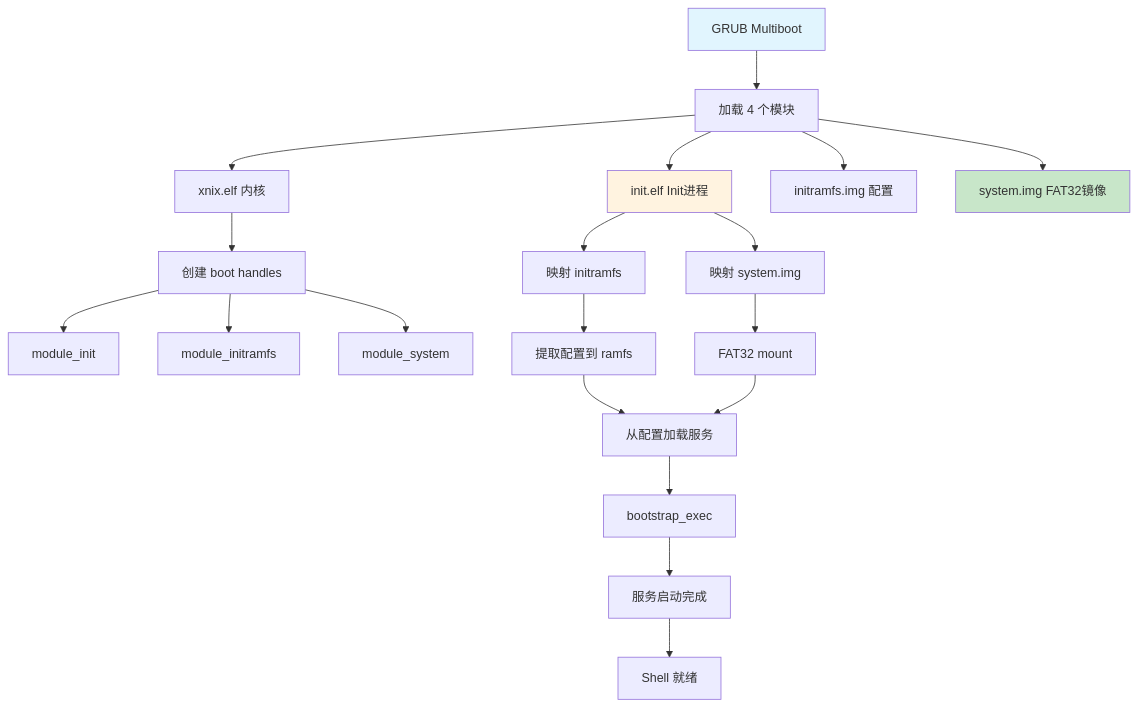
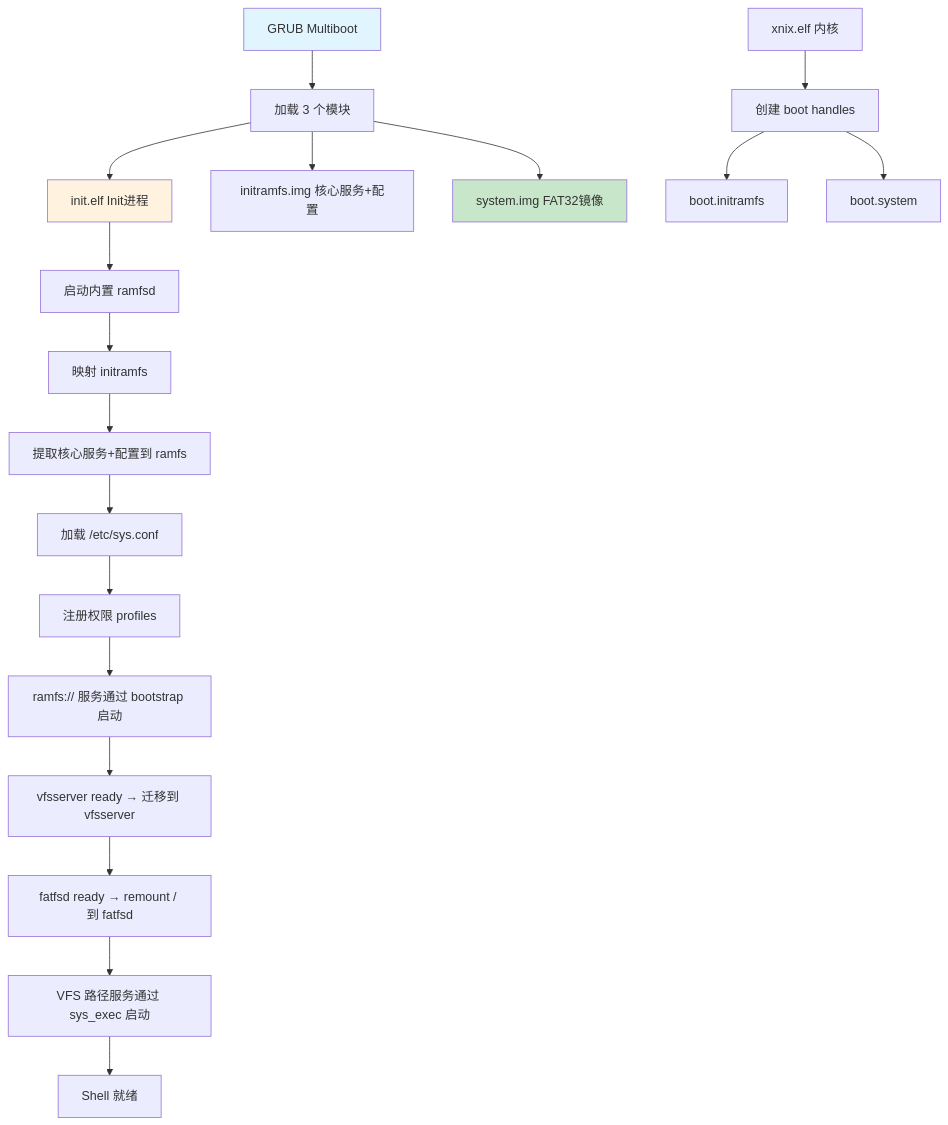
One commit to SH-XiaoXiu/xnix changed the second of 3 diagrams in README.md. Above: the diagram before and after it, drawn with Mermaid. The commit also changed other lines of this file, not shown here.

Commit message:
docs(kernel): 更新引导流程和服务配置文档

````diff
--- a/README.md
+++ b/README.md
@@ -205,24 +205,23 @@
 ```mermaid
 graph TD
-    GRUB[GRUB Multiboot] --> Modules[加载 4 个模块]
-    Modules --> Kernel[xnix.elf 内核]
+    GRUB[GRUB Multiboot] --> Modules[加载 3 个模块]
     Modules --> Init[init.elf Init进程]
-    Modules --> Initramfs[initramfs.img 配置]
+    Modules --> Initramfs[initramfs.img 核心服务+配置]
     Modules --> System[system.img FAT32镜像]
-    Kernel --> BootHandles[创建 boot handles]
-    BootHandles --> module_init
-    BootHandles --> module_initramfs
-    BootHandles --> module_system
-    Init --> Map1[映射 initramfs]
-    Map1 --> Extract[提取配置到 ramfs]
-    Init --> Map2[映射 system.img]
-    Map2 --> FAT32[FAT32 mount]
-    Extract --> LoadSvc[从配置加载服务]
-    FAT32 --> LoadSvc
-    LoadSvc --> BootExec[bootstrap_exec]
-    BootExec --> Services[服务启动完成]
-    Services --> Shell[Shell 就绪]
+    Kernel[xnix.elf 内核] --> BootHandles[创建 boot handles]
+    BootHandles --> boot.initramfs
+    BootHandles --> boot.system
+    Init --> Ramfsd[启动内置 ramfsd]
+    Ramfsd --> Map1[映射 initramfs]
+    Map1 --> Extract[提取核心服务+配置到 ramfs]
+    Extract --> LoadConf[加载 /etc/sys.conf]
+    LoadConf --> Profiles[注册权限 profiles]
+    Profiles --> Bootstrap["ramfs:// 服务通过 bootstrap 启动"]
+    Bootstrap --> VFS[vfsserver ready → 迁移到 vfsserver]
+    VFS --> FatFS["fatfsd ready → remount / 到 fatfsd"]
+    FatFS --> UserSvc[VFS 路径服务通过 sys_exec 启动]
+    UserSvc --> Shell[Shell 就绪]
     style GRUB fill: #e1f5fe
     style Init fill: #fff3e0
     style System fill: #c8e6c9
 ```
````
